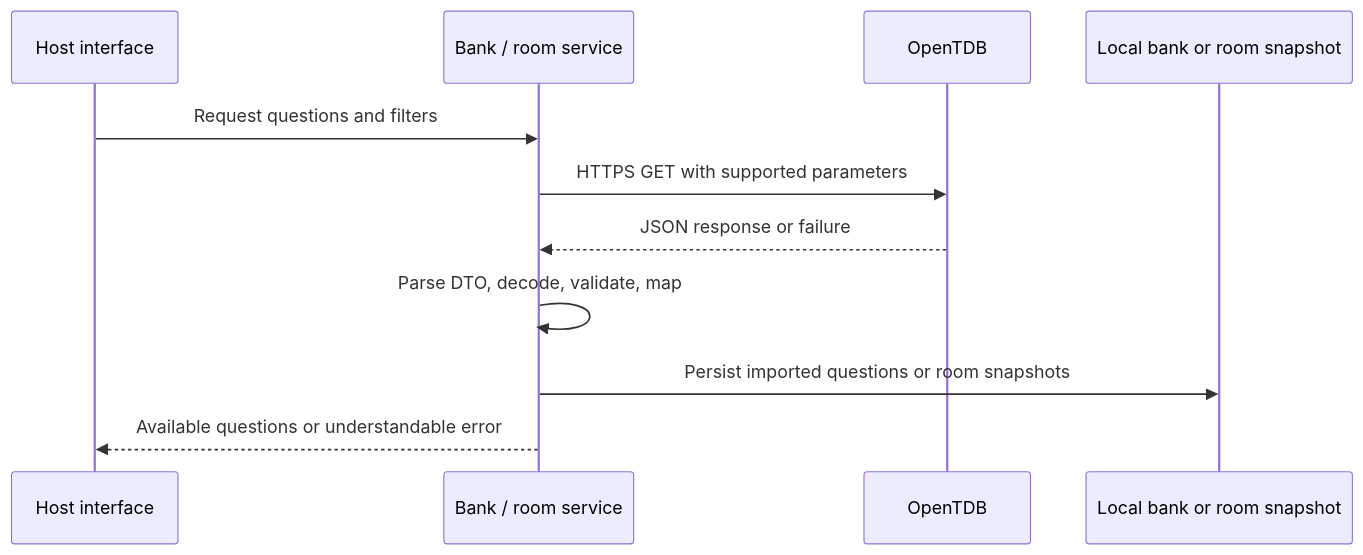
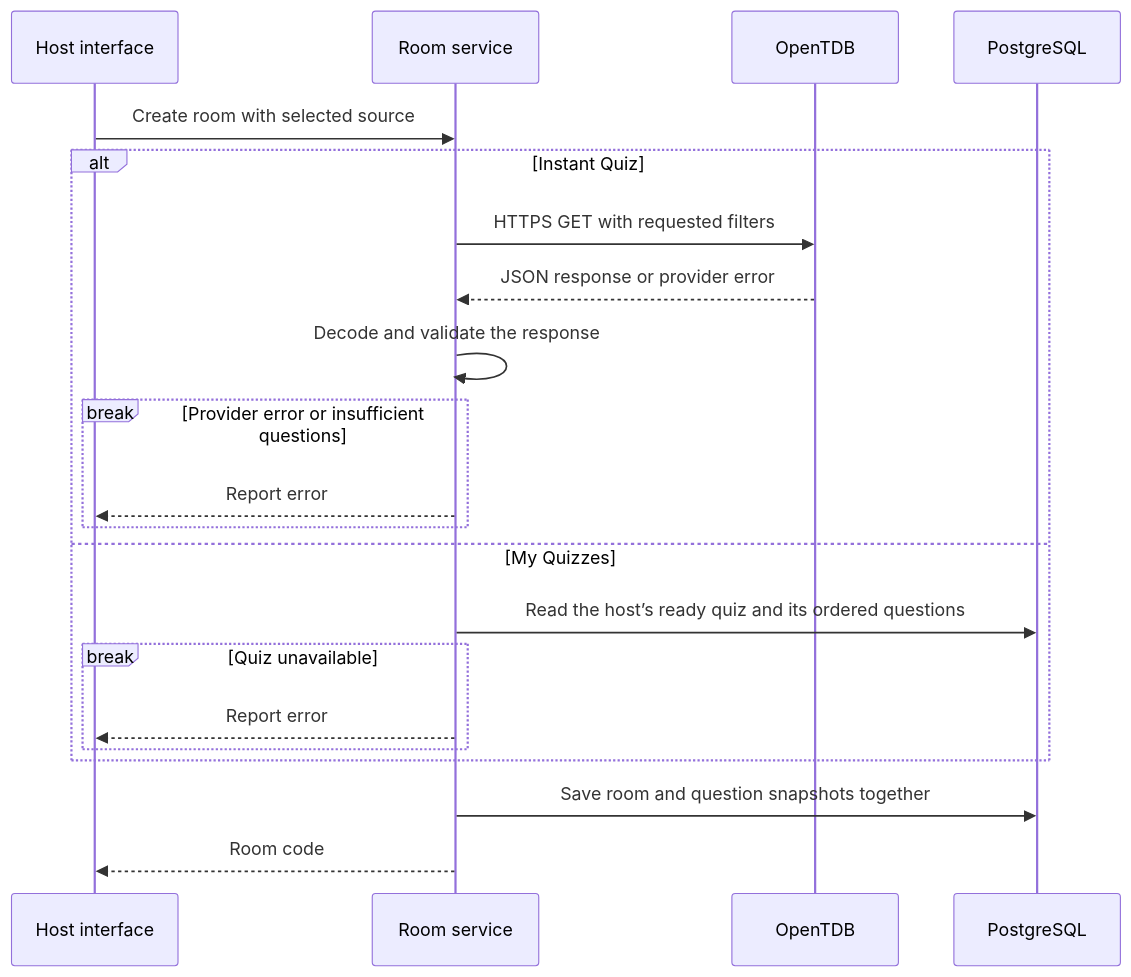
The sixth of 7 diagrams in doc/design-document.md (daevinsimbajon-web/cpe314-69167-capstone-team-02), drawn with Mermaid before and after one commit. The commit also changed other lines of this file and 27 other files, not shown here.

````diff
--- a/doc/design-document.md
+++ b/doc/design-document.md
@@ -241,13 +247,23 @@
 ```mermaid
 sequenceDiagram
   participant UI as Host interface
-  participant S as Bank / room service
+  participant S as Room service
   participant API as OpenTDB
-  participant DB as Local bank or room snapshot
-  UI->>S: Request questions and filters
-  S->>API: HTTPS GET with supported parameters
-  API-->>S: JSON response or failure
-  S->>S: Parse DTO, decode, validate, map
-  S->>DB: Persist imported questions or room snapshots
-  S-->>UI: Available questions or understandable error
+  participant DB as PostgreSQL
+  UI->>S: Create room with selected source
+  alt Instant Quiz
+    S->>API: HTTPS GET with requested filters
+    API-->>S: JSON response or provider error
+    S->>S: Decode and validate the response
+    break Provider error or insufficient questions
+      S-->>UI: Report error
+    end
+  else My Quizzes
+    S->>DB: Read the host’s ready quiz and its ordered questions
+    break Quiz unavailable
+      S-->>UI: Report error
+    end
+  end
+  S->>DB: Save room and question snapshots together
+  S-->>UI: Room code
 ```
````
